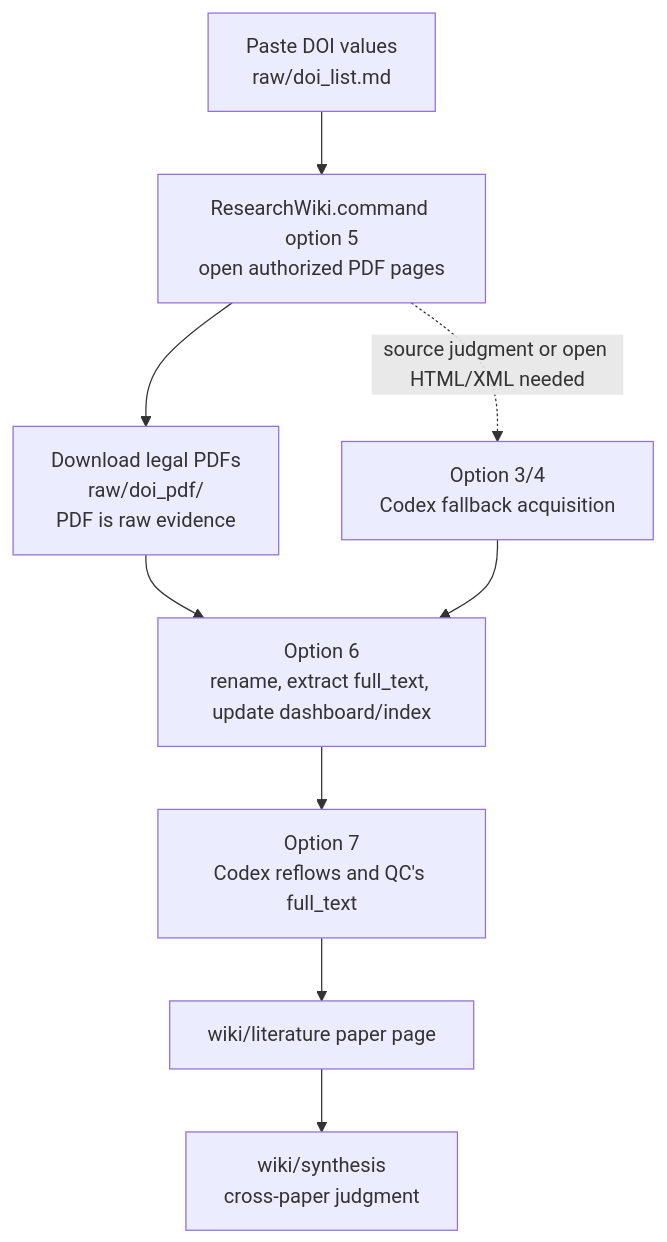
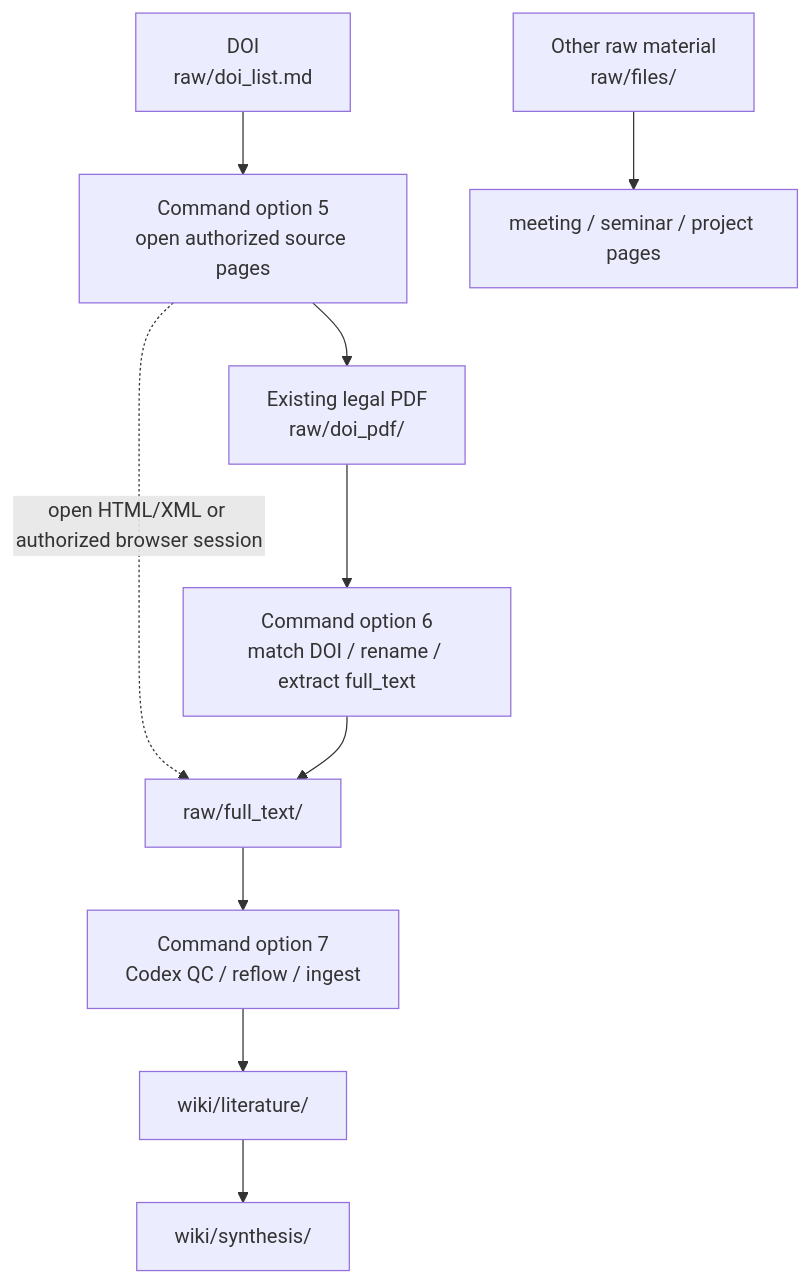
The first of 2 diagrams in README.md (ChenHau-Lan/ResearchWiki), drawn with Mermaid before and after one commit. The commit also changed other lines of this file and 1 other file, not shown here.

Commit message:
Refine README source-oriented onboarding

````diff
--- a/README.md
+++ b/README.md
@@ -33,12 +24,13 @@
 ```mermaid
 flowchart TD
-    A["Paste DOI values<br/>raw/doi_list.md"] --> B["ResearchWiki.command option 5<br/>open authorized PDF pages"]
-    B --> C["Download legal PDFs<br/>raw/doi_pdf/<br/>PDF is raw evidence"]
-    C --> D["Option 6<br/>rename, extract full_text, update dashboard/index"]
-    D --> E["Option 7<br/>Codex reflows and QC's full_text"]
-    E --> F["wiki/literature paper page"]
-    F --> G["wiki/synthesis<br/>cross-paper judgment"]
+    DOI["DOI<br/>raw/doi_list.md"] --> OPEN["Command option 5<br/>open authorized source pages"]
+    PDF["Existing legal PDF<br/>raw/doi_pdf/"] --> IMPORT["Command option 6<br/>match DOI / rename / extract full_text"]
+    OTHER["Other raw material<br/>raw/files/"] --> WIKI2["meeting / seminar / project pages"]
 
-    B -. "source judgment or open HTML/XML needed" .-> H["Option 3/4<br/>Codex fallback acquisition"]
-    H --> D
+    OPEN --> PDF
+    OPEN -. "open HTML/XML or authorized browser session" .-> FT["raw/full_text/"]
+    IMPORT --> FT
+    FT --> QC["Command option 7<br/>Codex QC / reflow / ingest"]
+    QC --> LIT["wiki/literature/"]
+    LIT --> SYN["wiki/synthesis/"]
 ```
````
